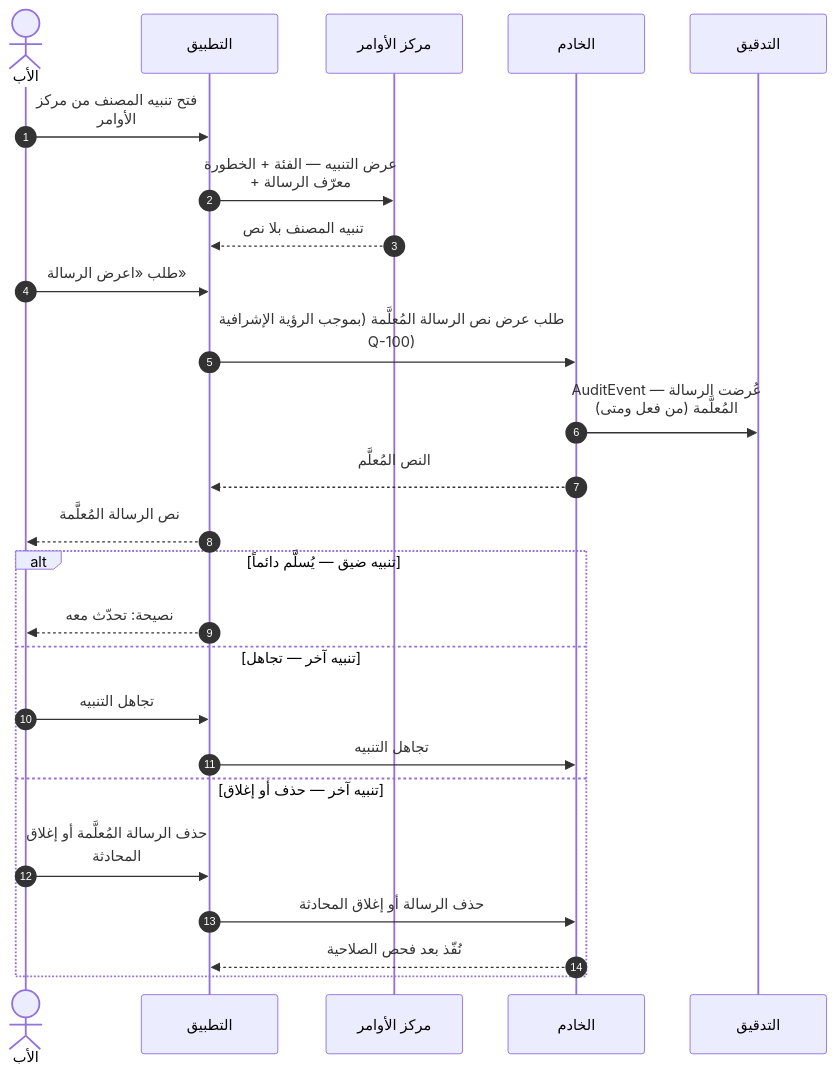
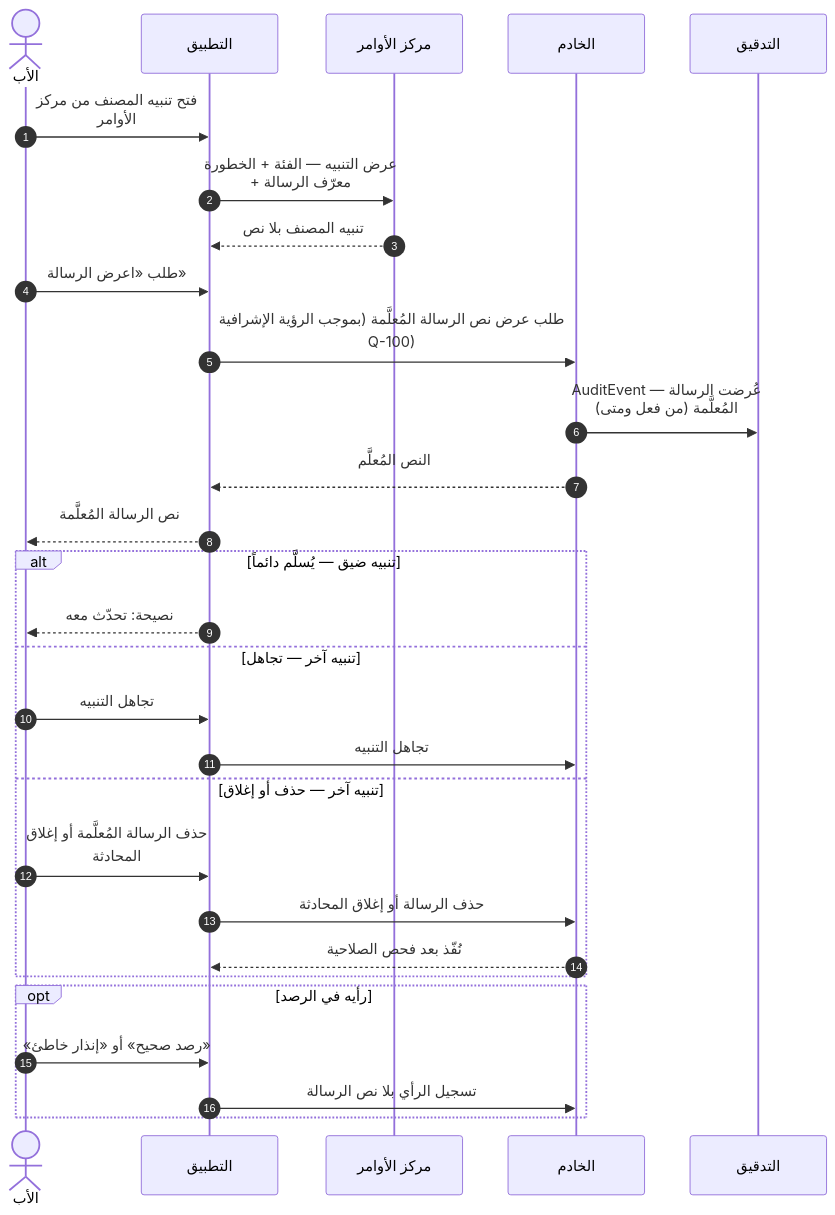
One commit to Bassam-mohammed-alqaeadi/family-os-v2 changed diagram 14 of 27 in docs/family-os/governance/phases/phase-1/S1-08-chat-basic/DIAGRAMS.md. Above: the diagram before and after it, drawn with Mermaid. The commit also changed other lines of this file and 32 other files, not shown here.

````diff
--- a/docs/family-os/governance/phases/phase-1/S1-08-chat-basic/DIAGRAMS.md
+++ b/docs/family-os/governance/phases/phase-1/S1-08-chat-basic/DIAGRAMS.md
@@ -595,28 +595,32 @@
 ```mermaid
 %%{init: {"sequence": {"wrap": true}}}%%
 sequenceDiagram
     autonumber
     actor Father as الأب
     participant App as التطبيق
     participant S109 as مركز الأوامر
     participant Ktor as الخادم
     participant Audit as التدقيق
     Father->>App: فتح تنبيه المصنف من مركز الأوامر
     App->>S109: عرض التنبيه — الفئة + الخطورة + معرّف الرسالة
     S109-->>App: تنبيه المصنف بلا نص
     Father->>App: طلب «اعرض الرسالة»
     App->>Ktor: طلب عرض نص الرسالة المُعلَّمة (بموجب الرؤية الإشرافية Q-100)
     Ktor->>Audit: AuditEvent — عُرضت الرسالة المُعلَّمة (من فعل ومتى)
     Ktor-->>App: النص المُعلَّم
     App-->>Father: نص الرسالة المُعلَّمة
     alt تنبيه ضيق — يُسلَّم دائماً
         App-->>Father: نصيحة: تحدّث معه
     else تنبيه آخر — تجاهل
         Father->>App: تجاهل التنبيه
         App->>Ktor: تجاهل التنبيه
     else تنبيه آخر — حذف أو إغلاق
         Father->>App: حذف الرسالة المُعلَّمة أو إغلاق المحادثة
         App->>Ktor: حذف الرسالة أو إغلاق المحادثة
         Ktor-->>App: نُفّذ بعد فحص الصلاحية
     end
+    opt رأيه في الرصد
+        Father->>App: «رصد صحيح» أو «إنذار خاطئ»
+        App->>Ktor: تسجيل الرأي بلا نص الرسالة
+    end
 ```
````
